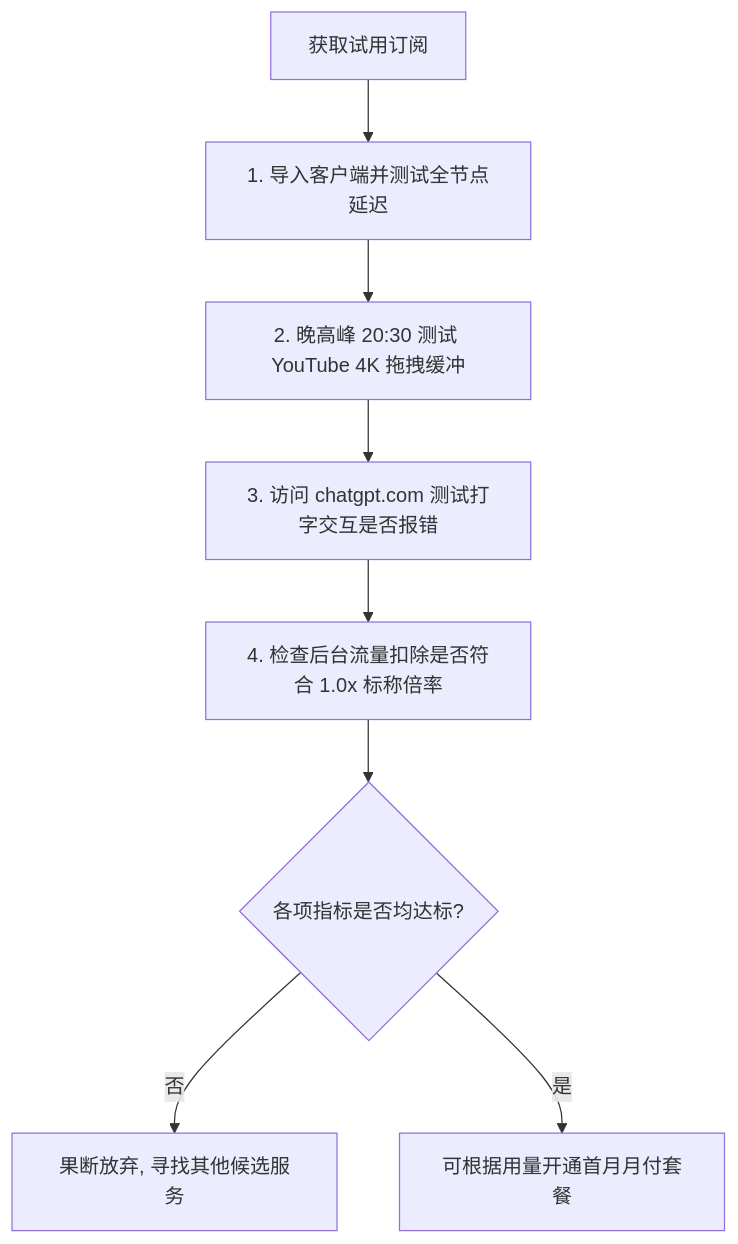
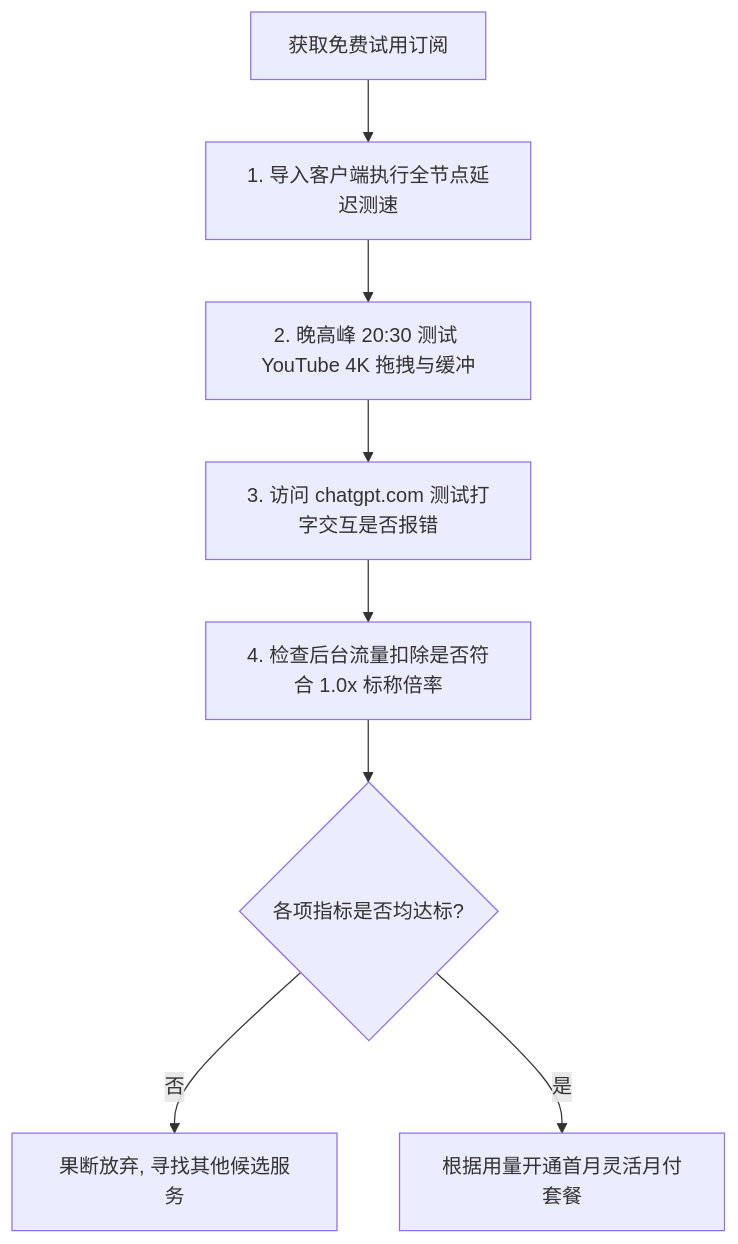
Before and after one commit to qweqwe98698-tech/jichangmianfei.my: the diagram in docs/free-airport/trials.md, drawn with Mermaid. The commit also changed other lines of this file and 60 other files, not shown here.

Commit message:
feat(seo): 升级42家机场品牌全景评测大榜单、18篇测速长图深度评测、配置IndexNow并修复商业外链nofollow合规

````diff
--- a/docs/free-airport/trials.md
+++ b/docs/free-airport/trials.md
@@ -52,10 +94,10 @@
 ```mermaid
 graph TD
-    A[获取试用订阅] --> B[1. 导入客户端并测试全节点延迟]
-    B --> C[2. 晚高峰 20:30 测试 YouTube 4K 拖拽缓冲]
+    A[获取免费试用订阅] --> B[1. 导入客户端执行全节点延迟测速]
+    B --> C[2. 晚高峰 20:30 测试 YouTube 4K 拖拽与缓冲]
     C --> D[3. 访问 chatgpt.com 测试打字交互是否报错]
     D --> E[4. 检查后台流量扣除是否符合 1.0x 标称倍率]
     E --> F{各项指标是否均达标?}
     F -- 否 --> G[果断放弃, 寻找其他候选服务]
-    F -- 是 --> H[可根据用量开通首月月付套餐]
+    F -- 是 --> H[根据用量开通首月灵活月付套餐]
 ```
````
